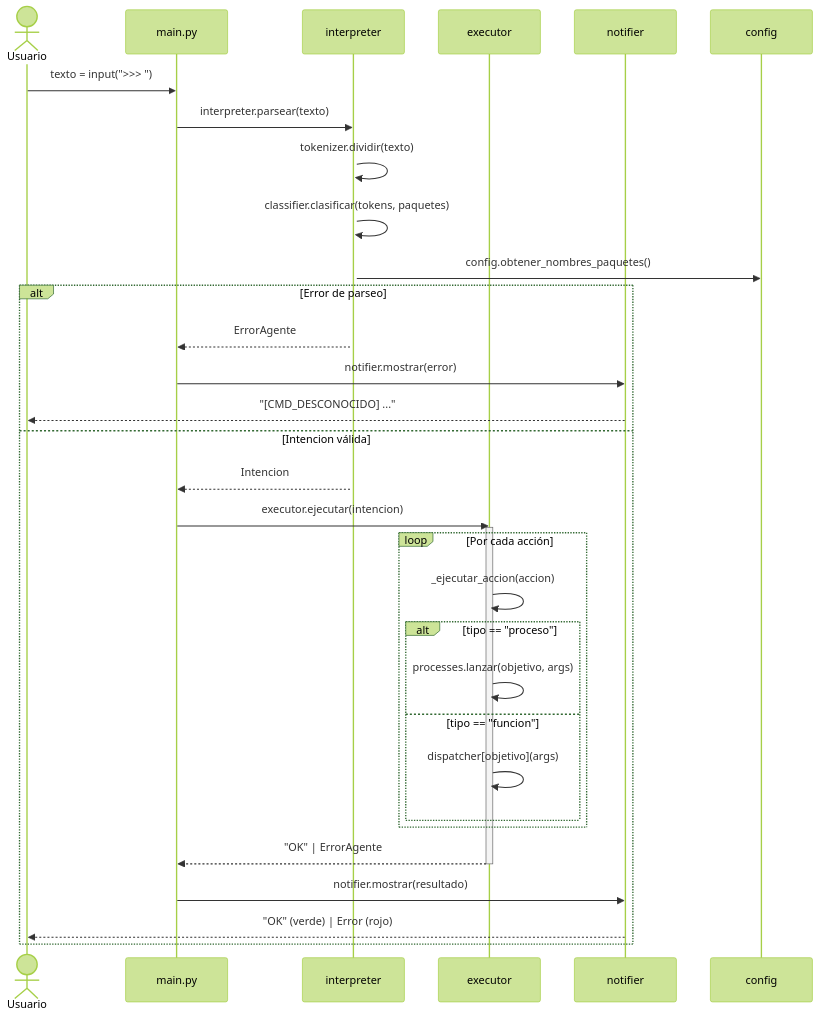
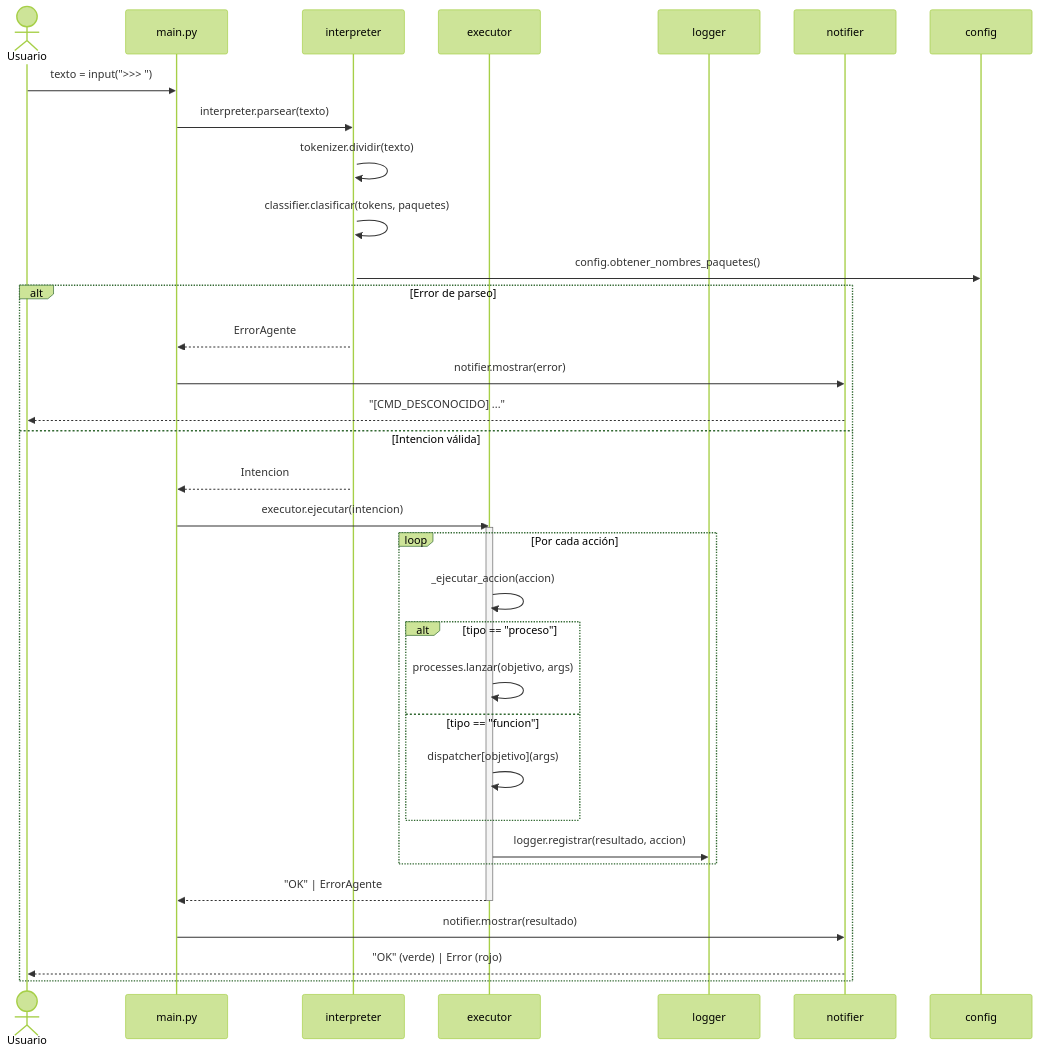
Before and after one commit to AlejandroGuevara-hub/Own_Agent: the second of 3 diagrams in spec/architecture.md, drawn with Mermaid (forest theme). The commit also changed other lines of this file and 4 other files, not shown here.

````diff
--- a/spec/architecture.md
+++ b/spec/architecture.md
@@ -41,37 +45,39 @@
 ```mermaid
 sequenceDiagram
     actor U as Usuario
     participant M as main.py
     participant I as interpreter
     participant E as executor
+    participant L as logger
     participant N as notifier
     participant C as config
 
     U->>M: texto = input(">>> ")
     M->>I: interpreter.parsear(texto)
     activate I
     I->>I: tokenizer.dividir(texto)
     I->>I: classifier.clasificar(tokens, paquetes)
     I->>C: config.obtener_nombres_paquetes()
     alt Error de parseo
         I-->>M: ErrorAgente
         M->>N: notifier.mostrar(error)
         N-->>U: "[CMD_DESCONOCIDO] ..."
     else Intencion válida
         I-->>M: Intencion
         M->>E: executor.ejecutar(intencion)
         activate E
         loop Por cada acción
-            E->>E: _ejecutar_accion(accion)
-            alt tipo == "proceso"
-                E->>E: processes.lanzar(objetivo, args)
-            else tipo == "funcion"
-                E->>E: dispatcher[objetivo](args)
-            end
-        end
-        E-->>M: "OK" | ErrorAgente
-        deactivate E
-        M->>N: notifier.mostrar(resultado)
+             E->>E: _ejecutar_accion(accion)
+             alt tipo == "proceso"
+                 E->>E: processes.lanzar(objetivo, args)
+             else tipo == "funcion"
+                 E->>E: dispatcher[objetivo](args)
+             end
+             E->>L: logger.registrar(resultado, accion)
+         end
+         E-->>M: "OK" | ErrorAgente
+         deactivate E
+         M->>N: notifier.mostrar(resultado)
         N-->>U: "OK" (verde) | Error (rojo)
     end
 ```
````
